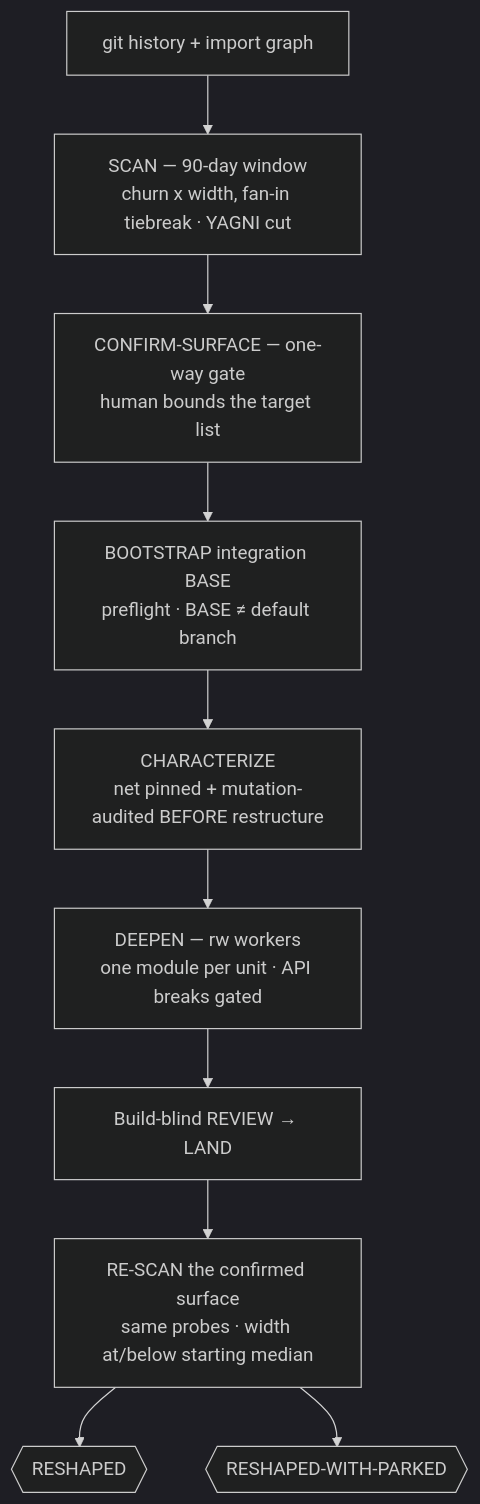
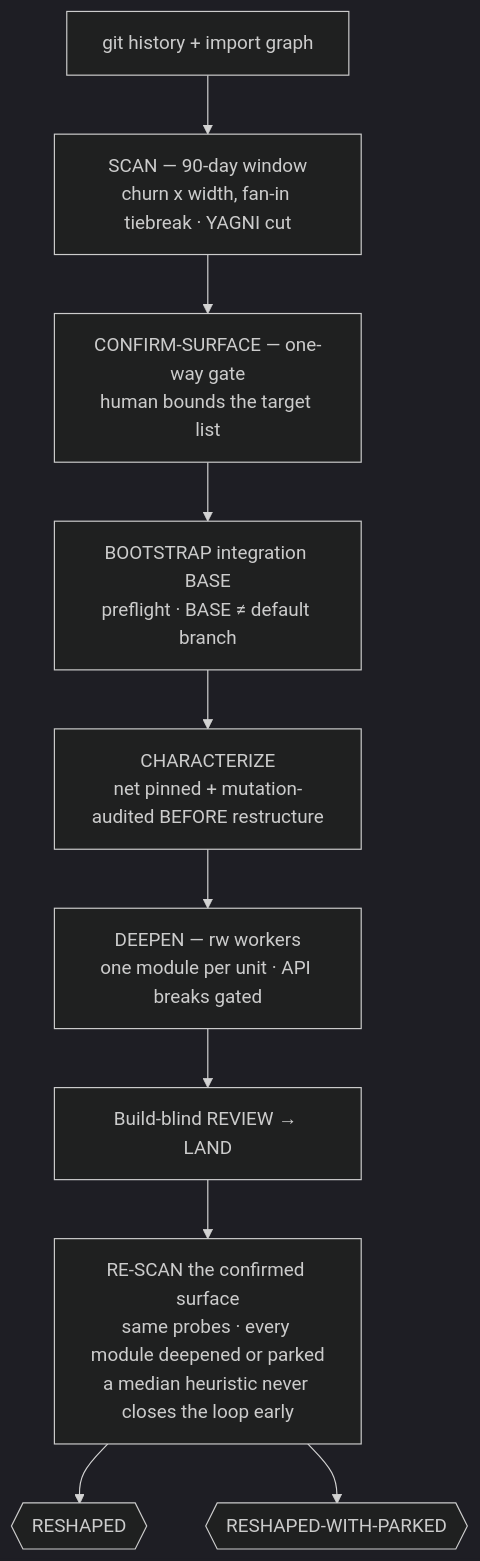
The diagram in docs/missions/reshape-it.md (ravidsrk/orca-fleet), drawn with Mermaid (dark theme) before and after one commit. The commit also changed 11 other files, not shown here.

````diff
--- a/docs/missions/reshape-it.md
+++ b/docs/missions/reshape-it.md
@@ -49,12 +49,12 @@
 ```mermaid
 flowchart TD
     A[git history + import graph] --> B[SCAN — 90-day window<br/>churn x width, fan-in tiebreak · YAGNI cut]
     B --> C[CONFIRM-SURFACE — one-way gate<br/>human bounds the target list]
     C --> C2[BOOTSTRAP integration BASE<br/>preflight · BASE ≠ default branch]
     C2 --> D[CHARACTERIZE<br/>net pinned + mutation-audited BEFORE restructure]
     D --> E[DEEPEN — rw workers<br/>one module per unit · API breaks gated]
     E --> F[Build-blind REVIEW → LAND]
-    F --> G[RE-SCAN the confirmed surface<br/>same probes · width at/below starting median]
+    F --> G[RE-SCAN the confirmed surface<br/>same probes · every module deepened or parked<br/>a median heuristic never closes the loop early]
     G --> H{{RESHAPED}}
     G --> I{{RESHAPED-WITH-PARKED}}
 ```
````
